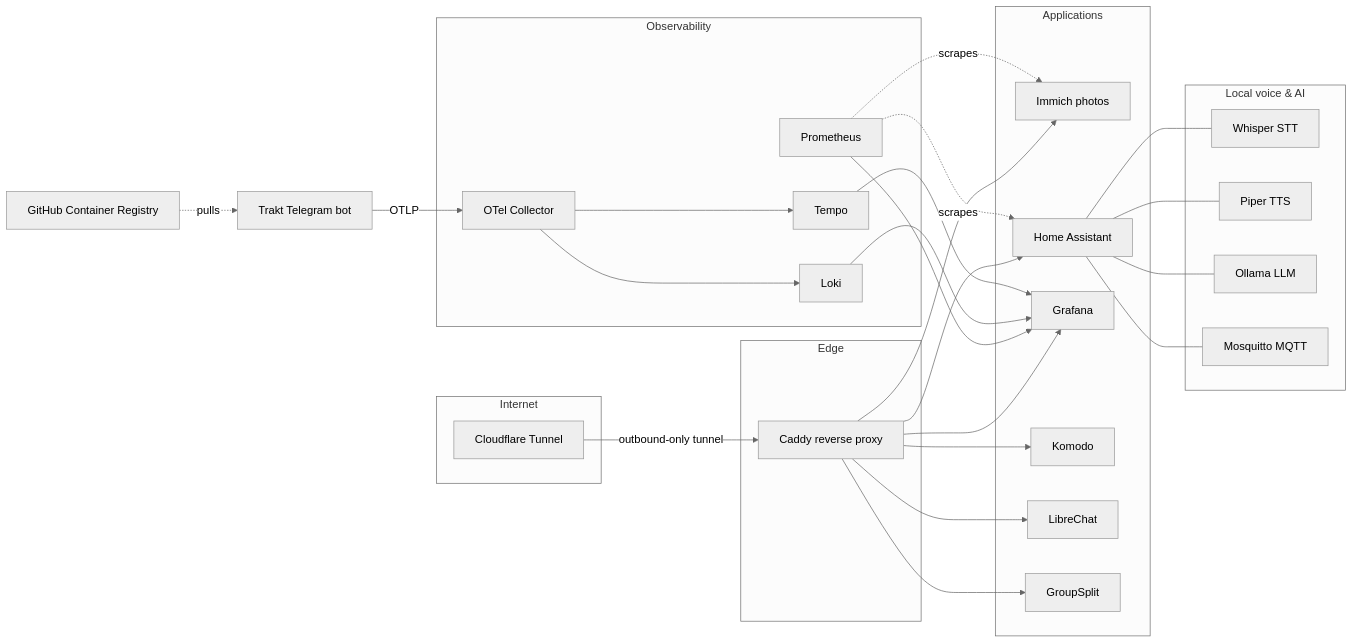
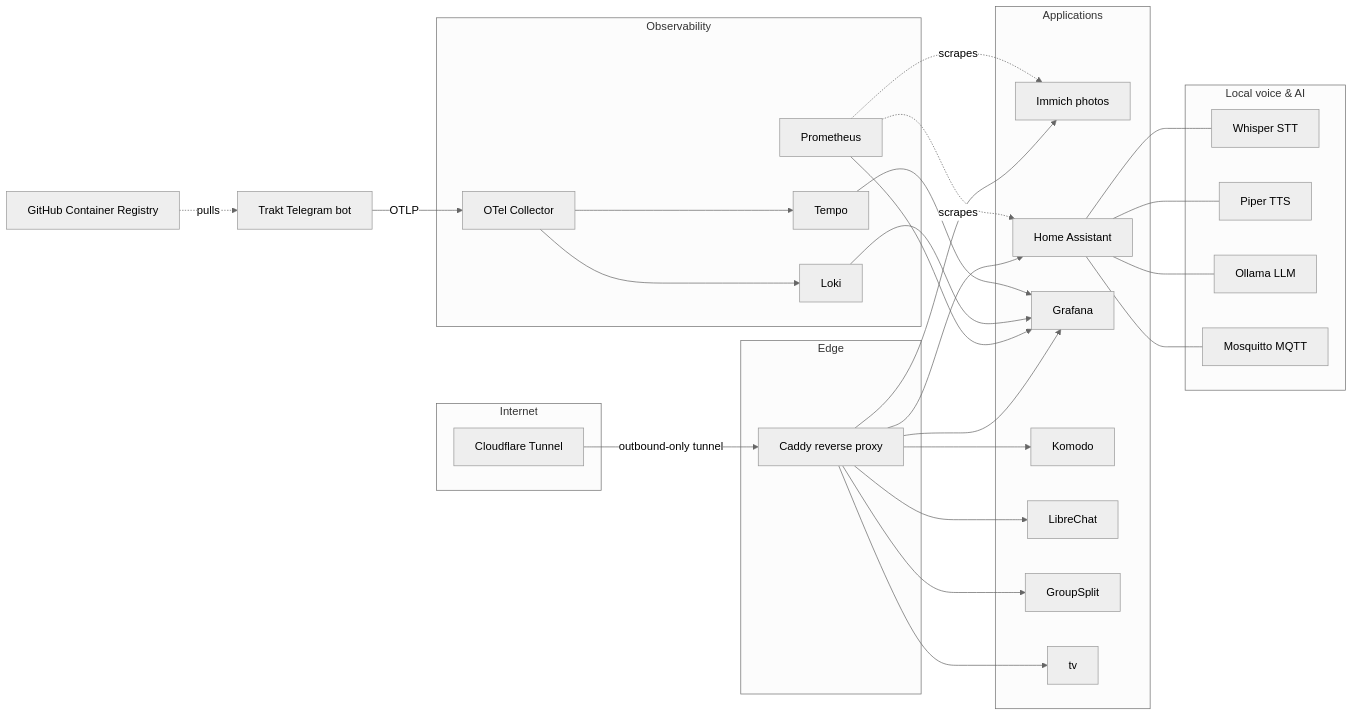
Before and after one commit to driverog/homelab: the diagram in README.md, drawn with Mermaid (neutral theme). The commit also changed other lines of this file and 1 other file, not shown here.

````diff
--- a/README.md
+++ b/README.md
@@ -22,57 +22,59 @@
 ```mermaid
 flowchart LR
     subgraph internet[Internet]
         CF[Cloudflare Tunnel]
     end
 
     subgraph edge[Edge]
         CADDY[Caddy reverse proxy]
     end
 
     CF -->|outbound-only tunnel| CADDY
 
     subgraph apps[Applications]
         IMMICH[Immich photos]
         HA[Home Assistant]
         GRAFANA[Grafana]
         KOMODO[Komodo]
         LIBRECHAT[LibreChat]
         GROUPSPLIT[GroupSplit]
+        TV[tv]
     end
 
     CADDY --> IMMICH
     CADDY --> HA
     CADDY --> GRAFANA
     CADDY --> KOMODO
     CADDY --> LIBRECHAT
     CADDY --> GROUPSPLIT
+    CADDY --> TV
 
     subgraph voice[Local voice & AI]
         WHISPER[Whisper STT]
         PIPER[Piper TTS]
         OLLAMA[Ollama LLM]
         MQTT[Mosquitto MQTT]
     end
 
     HA --- WHISPER
     HA --- PIPER
     HA --- OLLAMA
     HA --- MQTT
 
     subgraph obs[Observability]
         PROM[Prometheus]
         LOKI[Loki]
         TEMPO[Tempo]
         OTEL[OTel Collector]
     end
 
     BOT[Trakt Telegram bot] -->|OTLP| OTEL
     OTEL --> TEMPO
     OTEL --> LOKI
     PROM --> GRAFANA
     LOKI --> GRAFANA
     TEMPO --> GRAFANA
     PROM -.scrapes.-> HA
     PROM -.scrapes.-> IMMICH
     GHCR[GitHub Container Registry] -.pulls.-> BOT
 ```
````
